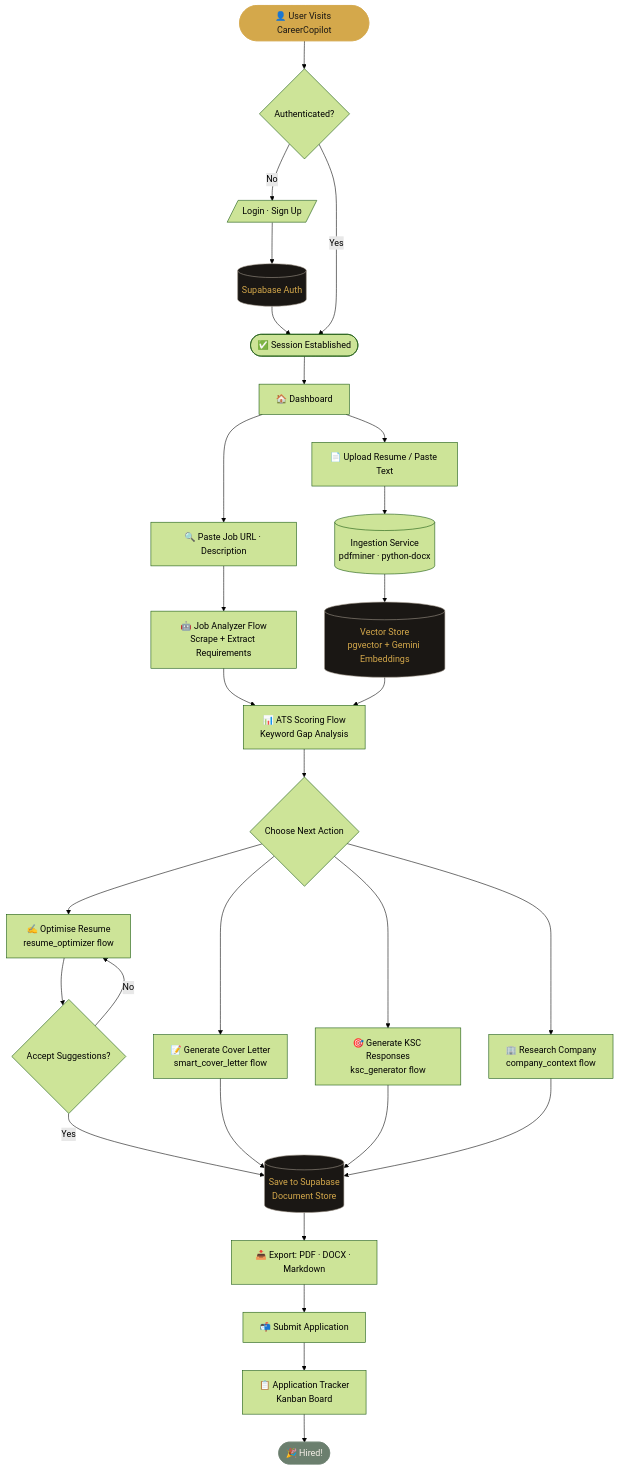
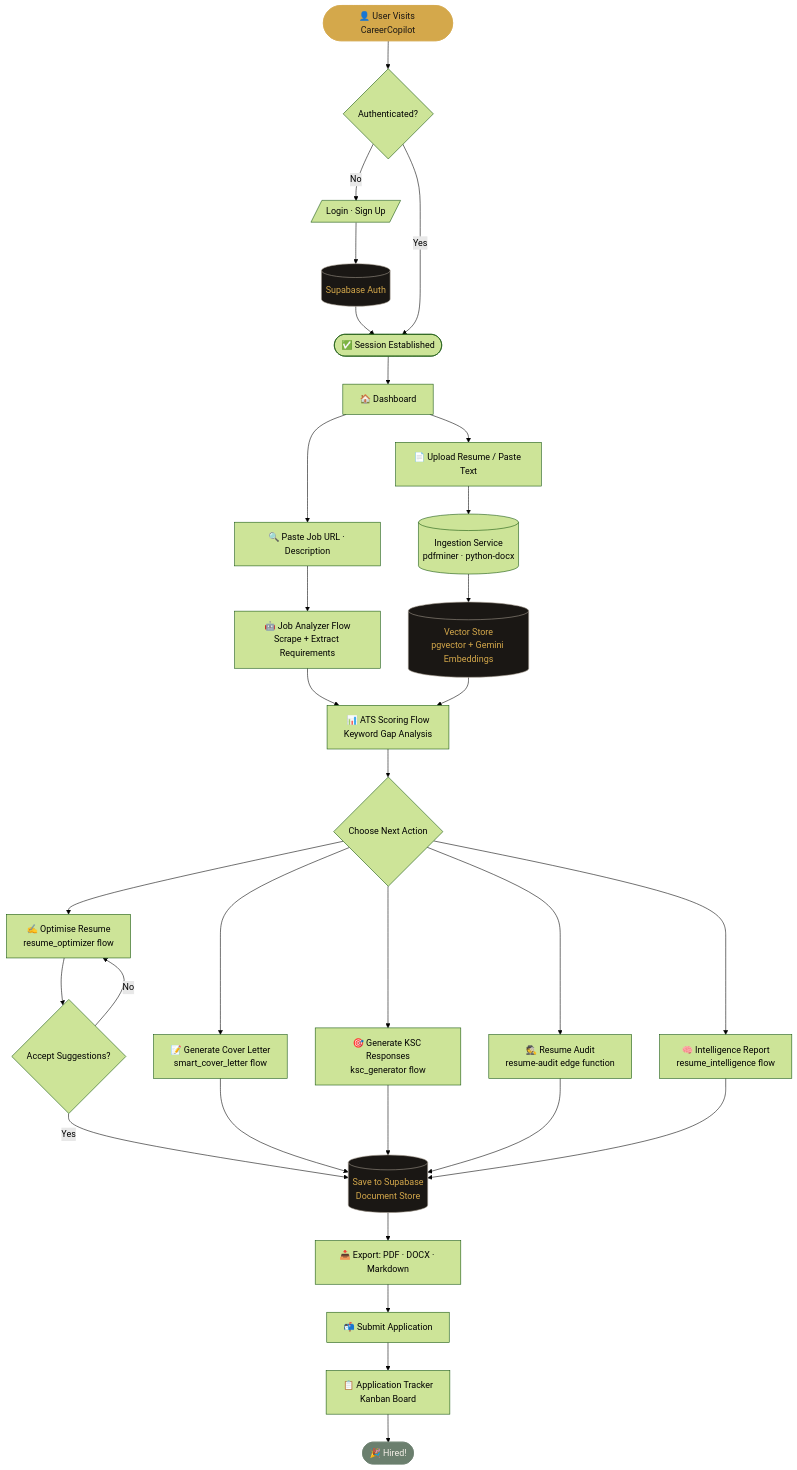
Before and after one commit to okgoogle13/careercopilot: the first of 2 diagrams in docs/WORKFLOW_DIAGRAM.md, drawn with Mermaid (forest theme). The commit also changed other lines of this file and 31 other files, not shown here.

````diff
--- a/docs/WORKFLOW_DIAGRAM.md
+++ b/docs/WORKFLOW_DIAGRAM.md
@@ -12,57 +12,60 @@
 ```mermaid
 flowchart TD
     A([👤 User Visits CareerCopilot]) --> B{Authenticated?}
 
     B -- No --> C[/Login · Sign Up/]
     C --> D[(Supabase Auth)]
     D --> E([✅ Session Established])
     B -- Yes --> E
 
     E --> F[🏠 Dashboard]
 
     F --> G[📄 Upload Resume / Paste Text]
     F --> H[🔍 Paste Job URL · Description]
 
     G --> I[(Ingestion Service
 pdfminer · python-docx)]
     H --> J[🤖 Job Analyzer Flow
 Scrape + Extract Requirements]
 
     I --> K[(Vector Store
 pgvector + Gemini Embeddings)]
     J --> L[📊 ATS Scoring Flow
 Keyword Gap Analysis]
 
     K --> L
     L --> M{Choose Next Action}
 
     M --> N[✍️ Optimise Resume
 resume_optimizer flow]
     M --> O[📝 Generate Cover Letter
 smart_cover_letter flow]
     M --> P[🎯 Generate KSC Responses
 ksc_generator flow]
-    M --> Q[🏢 Research Company
-company_context flow]
+    M --> Q[🕵️ Resume Audit
+resume-audit edge function]
+    M --> R[🧠 Intelligence Report
+resume_intelligence flow]
 
-    N --> R{Accept Suggestions?}
-    R -- Yes --> S[(Save to Supabase
+    N --> S{Accept Suggestions?}
+    S -- Yes --> T[(Save to Supabase
 Document Store)]
-    R -- No --> N
+    S -- No --> N
 
-    O --> S
-    P --> S
-    Q --> S
+    O --> T
+    P --> T
+    Q --> T
+    R --> T
 
-    S --> T[📥 Export: PDF · DOCX · Markdown]
-    T --> U[📬 Submit Application]
-    U --> V[📋 Application Tracker
+    T --> U[📥 Export: PDF · DOCX · Markdown]
+    U --> V[📬 Submit Application]
+    V --> W[📋 Application Tracker
 Kanban Board]
-    V --> W([🎉 Hired!])
+    W --> X([🎉 Hired!])
 
     style A fill:#D4A84B,color:#1A1714,stroke:#D4A84B
-    style W fill:#6B7F6E,color:#F5F0E8,stroke:#6B7F6E
+    style X fill:#6B7F6E,color:#F5F0E8,stroke:#6B7F6E
     style D fill:#1A1714,color:#D4A84B,stroke:#A39B8F
     style K fill:#1A1714,color:#D4A84B,stroke:#A39B8F
-    style S fill:#1A1714,color:#D4A84B,stroke:#A39B8F
+    style T fill:#1A1714,color:#D4A84B,stroke:#A39B8F
 ```
````
